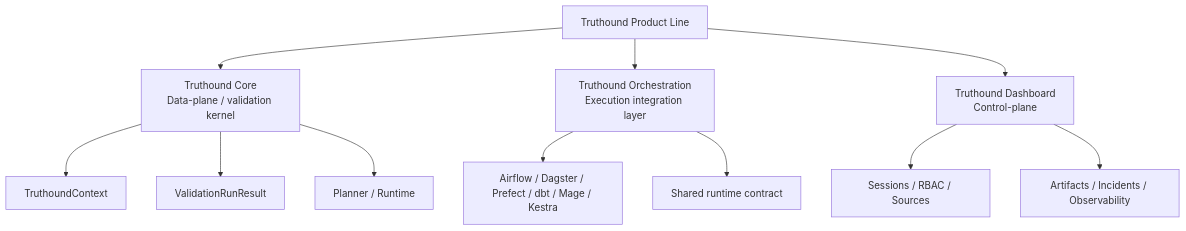
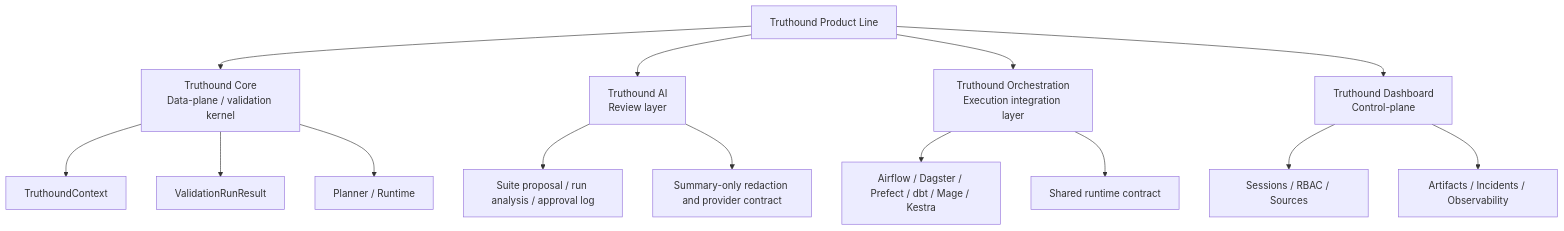
Before and after one commit to seadonggyun4/truthound: the diagram in docs/concepts/index.md, drawn with Mermaid. The commit also changed other lines of this file and 67 other files, not shown here.

````diff
--- a/docs/concepts/index.md
+++ b/docs/concepts/index.md
@@ -24,16 +26,20 @@
 ```mermaid
 flowchart TD
     A["Truthound Product Line"] --> B["Truthound Core\nData-plane / validation kernel"]
-    A --> C["Truthound Orchestration\nExecution integration layer"]
-    A --> D["Truthound Dashboard\nControl-plane"]
+    A --> C["Truthound AI\nReview layer"]
+    A --> D["Truthound Orchestration\nExecution integration layer"]
+    A --> E["Truthound Dashboard\nControl-plane"]
 
-    B --> E["TruthoundContext"]
-    B --> F["ValidationRunResult"]
-    B --> G["Planner / Runtime"]
+    B --> F["TruthoundContext"]
+    B --> G["ValidationRunResult"]
+    B --> H["Planner / Runtime"]
 
-    C --> H["Airflow / Dagster / Prefect / dbt / Mage / Kestra"]
-    C --> I["Shared runtime contract"]
+    C --> I["Suite proposal / run analysis / approval log"]
+    C --> J["Summary-only redaction and provider contract"]
 
-    D --> J["Sessions / RBAC / Sources"]
-    D --> K["Artifacts / Incidents / Observability"]
+    D --> K["Airflow / Dagster / Prefect / dbt / Mage / Kestra"]
+    D --> L["Shared runtime contract"]
+
+    E --> M["Sessions / RBAC / Sources"]
+    E --> N["Artifacts / Incidents / Observability"]
 ```
````
